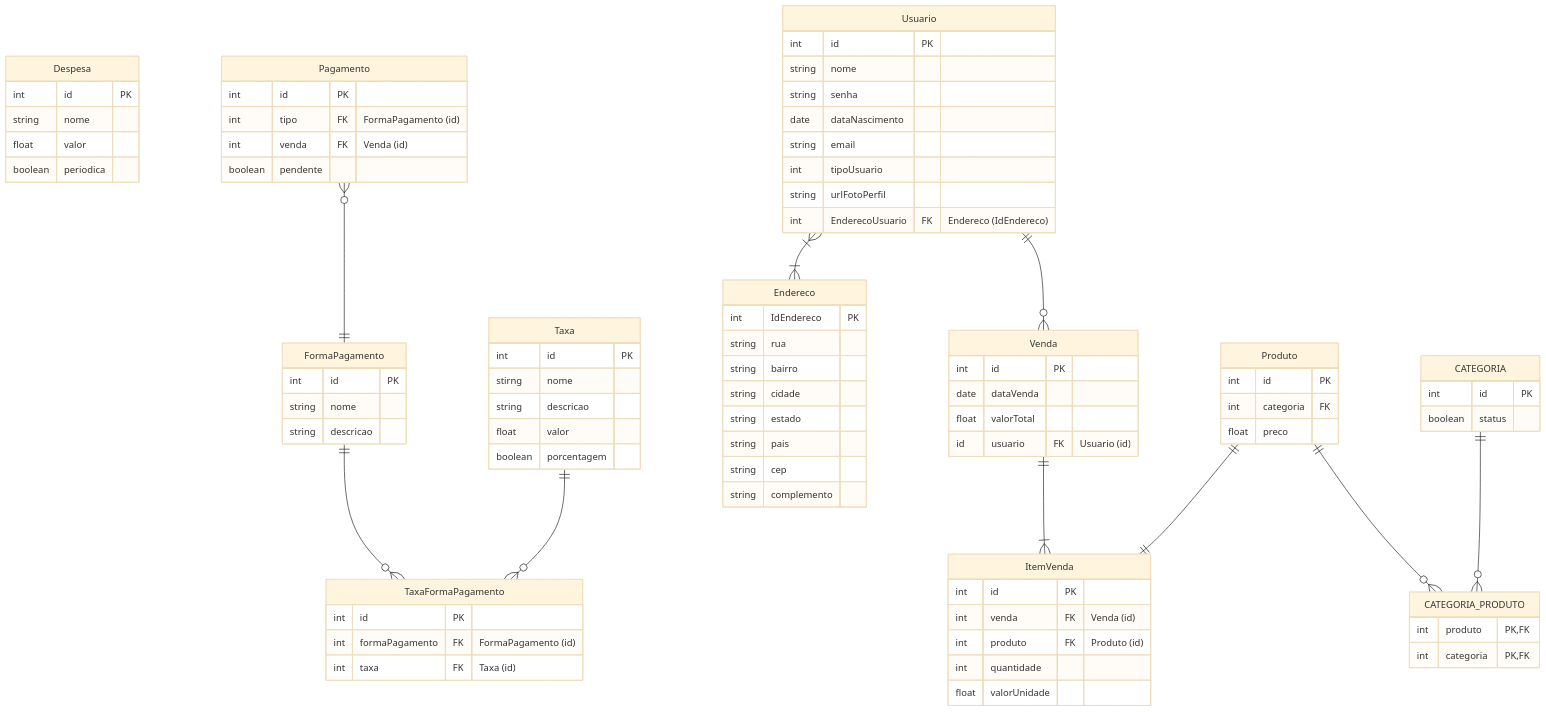
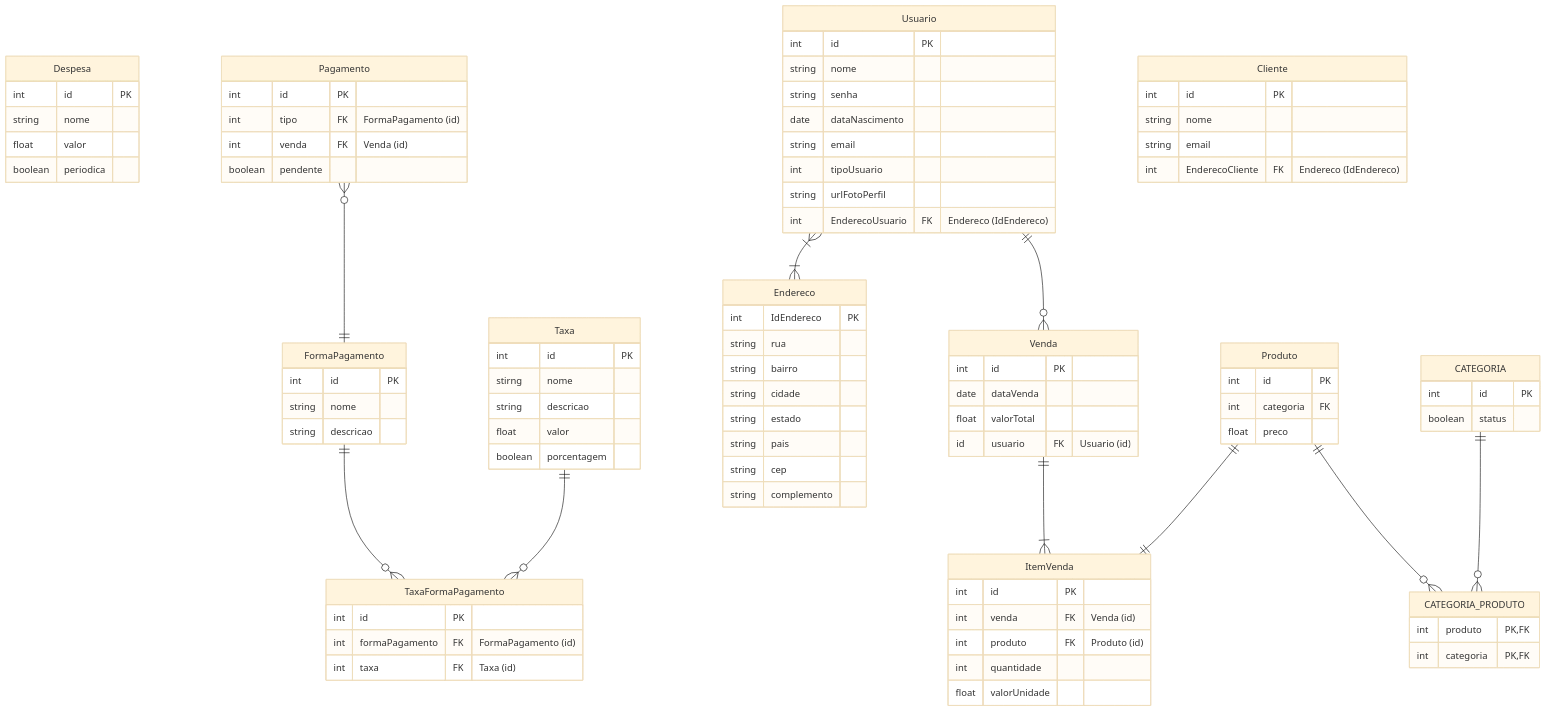
One commit to Control-Cash/controlcash changed the diagram in docs/documento-de-modelos.md. Above: the diagram before and after it, drawn with Mermaid (base theme).

Commit message:
Update documento-de-modelos.md
Criando a tabela cliente #33

````diff
--- a/docs/documento-de-modelos.md
+++ b/docs/documento-de-modelos.md
@@ -109,4 +109,12 @@
 
   Produto ||--o{ CATEGORIA_PRODUTO : ""
   CATEGORIA ||--o{ CATEGORIA_PRODUTO : ""
+
+
+  Cliente {
+    int id PK
+    string nome
+    string email
+    int EnderecoCliente FK "Endereco (IdEndereco)"
+  }
 ```
````
